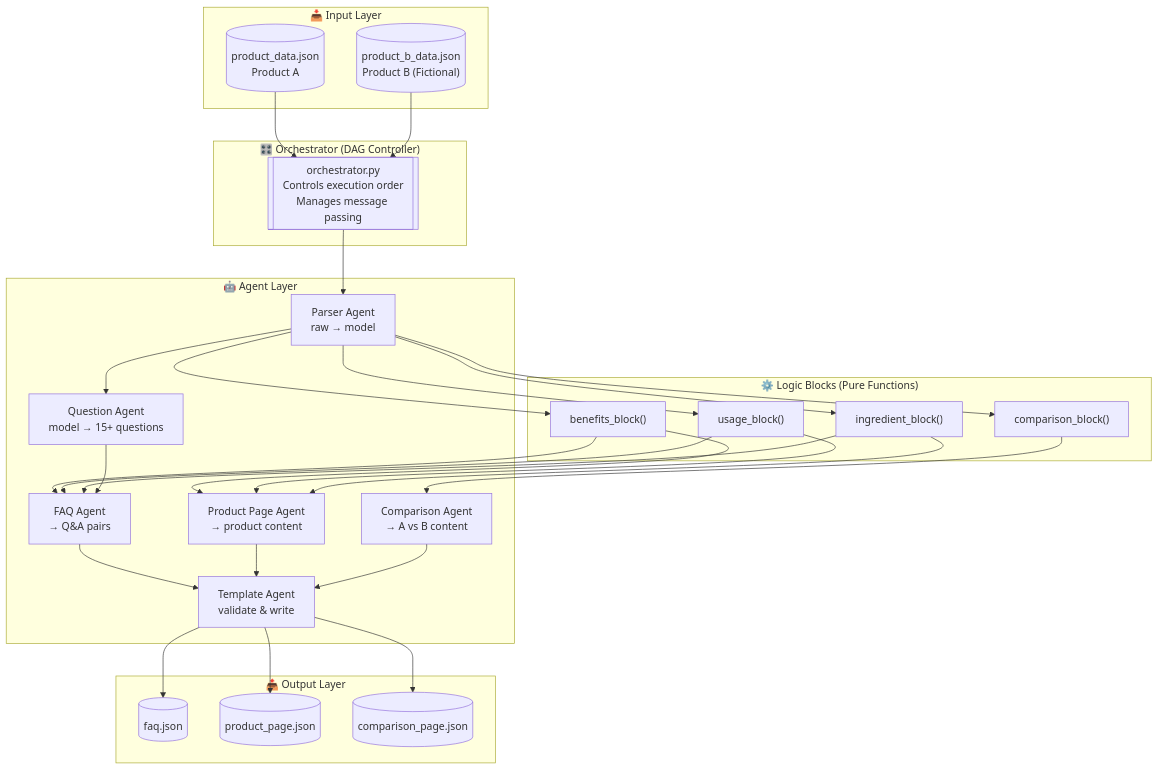
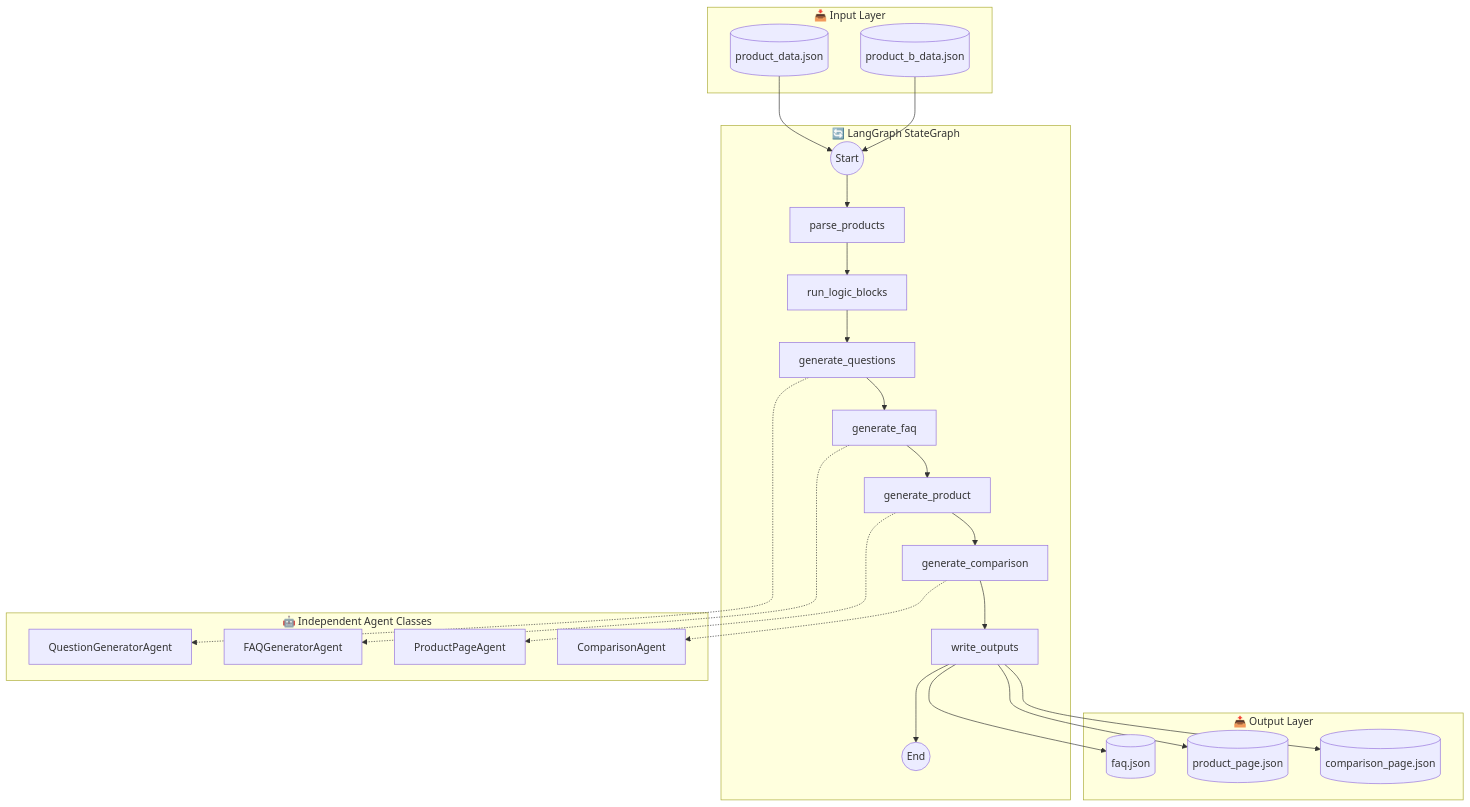
Before and after one commit to Fatal777/kasparro-agentic-saad-ilkal: the diagram in README.md, drawn with Mermaid. The commit also changed other lines of this file and 57 other files, not shown here.

````diff
--- a/README.md
+++ b/README.md
@@ -26,46 +29,39 @@
 ```mermaid
 flowchart TB
     subgraph Input["📥 Input Layer"]
-        PD[("product_data.json<br/>Product A")]
-        PDB[("product_b_data.json<br/>Product B (Fictional)")]
+        PD[("product_data.json")]
+        PDB[("product_b_data.json")]
     end
 
-    subgraph Orchestrator["🎛️ Orchestrator (DAG Controller)"]
-        ORCH[["orchestrator.py<br/>Controls execution order<br/>Manages message passing"]]
+    subgraph LangGraph["🔄 LangGraph StateGraph"]
+        START((Start)) --> PARSE["parse_products"]
+        PARSE --> LOGIC["run_logic_blocks"]
+        LOGIC --> QUESTIONS["generate_questions "]
+        QUESTIONS --> FAQ["generate_faq "]
+        FAQ --> PRODUCT["generate_product "]
+        PRODUCT --> COMPARE["generate_comparison "]
+        COMPARE --> WRITE["write_outputs"]
+        WRITE --> END((End))
     end
 
-    subgraph Agents["🤖 Agent Layer"]
-        PA["Parser Agent<br/>raw → model"]
-        QA["Question Agent<br/>model → 15+ questions"]
-        FAQA["FAQ Agent<br/>→ Q&A pairs"]
-        PPA["Product Page Agent<br/>→ product content"]
-        CA["Comparison Agent<br/>→ A vs B content"]
-        TA["Template Agent<br/>validate & write"]
-    end
-
-    subgraph LogicBlocks["⚙️ Logic Blocks (Pure Functions)"]
-        BB["benefits_block()"]
-        UB["usage_block()"]
-        IB["ingredient_block()"]
-        CB["comparison_block()"]
+    subgraph Agents["🤖 Independent Agent Classes"]
+        QA["QuestionGeneratorAgent"]
+        FA["FAQGeneratorAgent"]
+        PA["ProductPageAgent"]
+        CA["ComparisonAgent"]
     end
 
     subgraph Output["📤 Output Layer"]
         FJ[("faq.json")]
         PPJ[("product_page.json")]
         CPJ[("comparison_page.json")]
     end
 
-    PD --> ORCH
-    PDB --> ORCH
-    ORCH --> PA
-    PA --> BB & UB & IB & CB
-    PA --> QA
-    BB & UB & IB --> FAQA & PPA
-    CB --> CA
-    QA --> FAQA
-    FAQA --> TA
-    PPA --> TA
-    CA --> TA
-    TA --> FJ & PPJ & CPJ
+    PD --> START
+    PDB --> START
+    QUESTIONS -.-> QA
+    FAQ -.-> FA
+    PRODUCT -.-> PA
+    COMPARE -.-> CA
+    WRITE --> FJ & PPJ & CPJ
 ```
````
